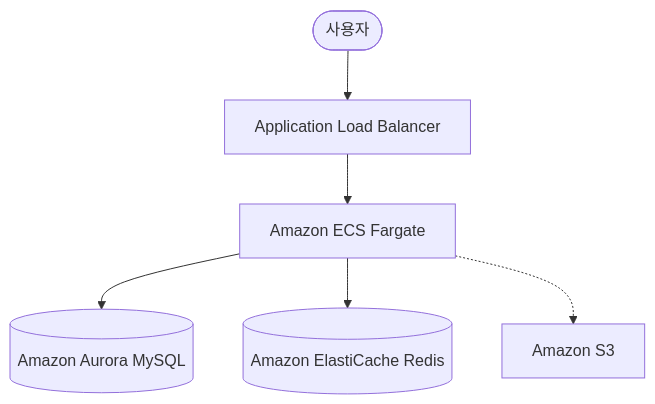
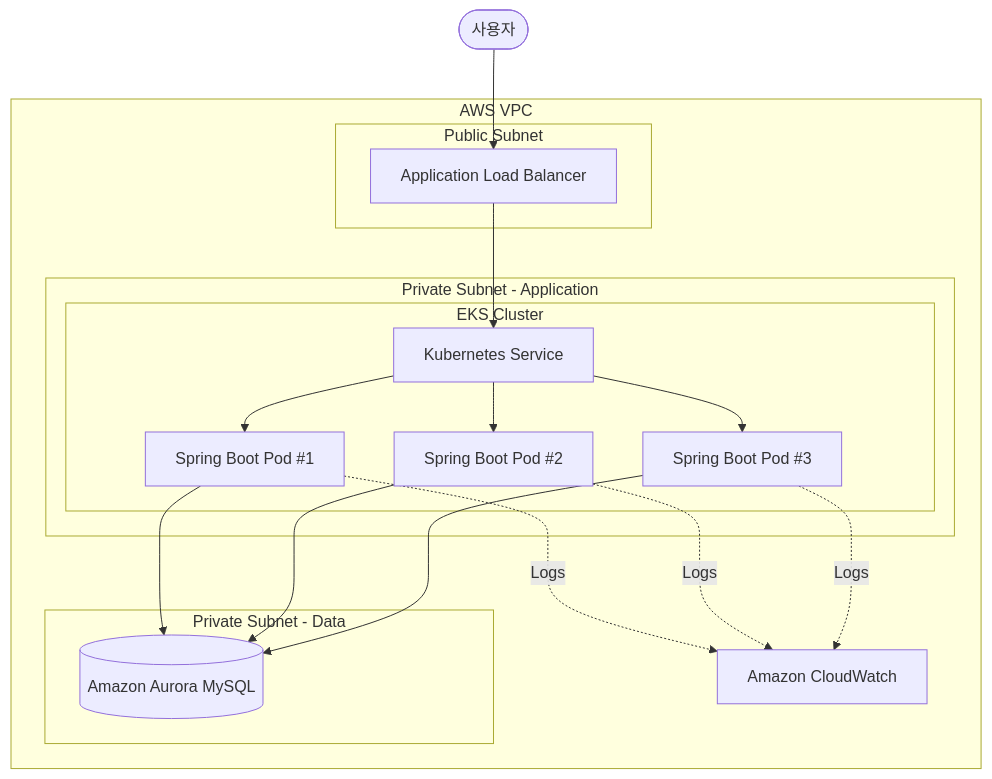
The diagram in docs/architecture.md (muzzaiwork/point), drawn with Mermaid before and after one commit. The commit also changed other lines of this file and 1 other file, not shown here.

Commit message:
docs: AWS 아키텍처 및 Kubernetes 설정 추가

````diff
--- a/docs/architecture.md
+++ b/docs/architecture.md
@@ -7,15 +7,39 @@
 ```mermaid
 graph TD
-    User([사용자])
-    ALB[Application Load Balancer]
-    Fargate[Amazon ECS Fargate]
-    Aurora[(Amazon Aurora MySQL)]
-    ElastiCache[(Amazon ElastiCache Redis)]
-    S3[Amazon S3]
+   User([사용자])
 
-    User --> ALB
-    ALB --> Fargate
-    Fargate --> Aurora
-    Fargate --> ElastiCache
-    Fargate -.-> S3
+   subgraph VPC[AWS VPC]
+      ALB[Application Load Balancer]
+
+      subgraph PublicSubnet[Public Subnet]
+         ALB
+      end
+
+      subgraph PrivateSubnetApp[Private Subnet - Application]
+         subgraph EKS[EKS Cluster]
+            Service[Kubernetes Service]
+            Pod1[Spring Boot Pod #1]
+            Pod2[Spring Boot Pod #2]
+            Pod3[Spring Boot Pod #3]
+         end
+      end
+
+      subgraph PrivateSubnetData[Private Subnet - Data]
+         Aurora[(Amazon Aurora MySQL)]
+      end
+
+      CloudWatch[Amazon CloudWatch]
+   end
+
+   User --> ALB
+   ALB --> Service
+   Service --> Pod1
+   Service --> Pod2
+   Service --> Pod3
+   Pod1 --> Aurora
+   Pod2 --> Aurora
+   Pod3 --> Aurora
+   Pod1 -. Logs .-> CloudWatch
+   Pod2 -. Logs .-> CloudWatch
+   Pod3 -. Logs .-> CloudWatch
 ```
````
